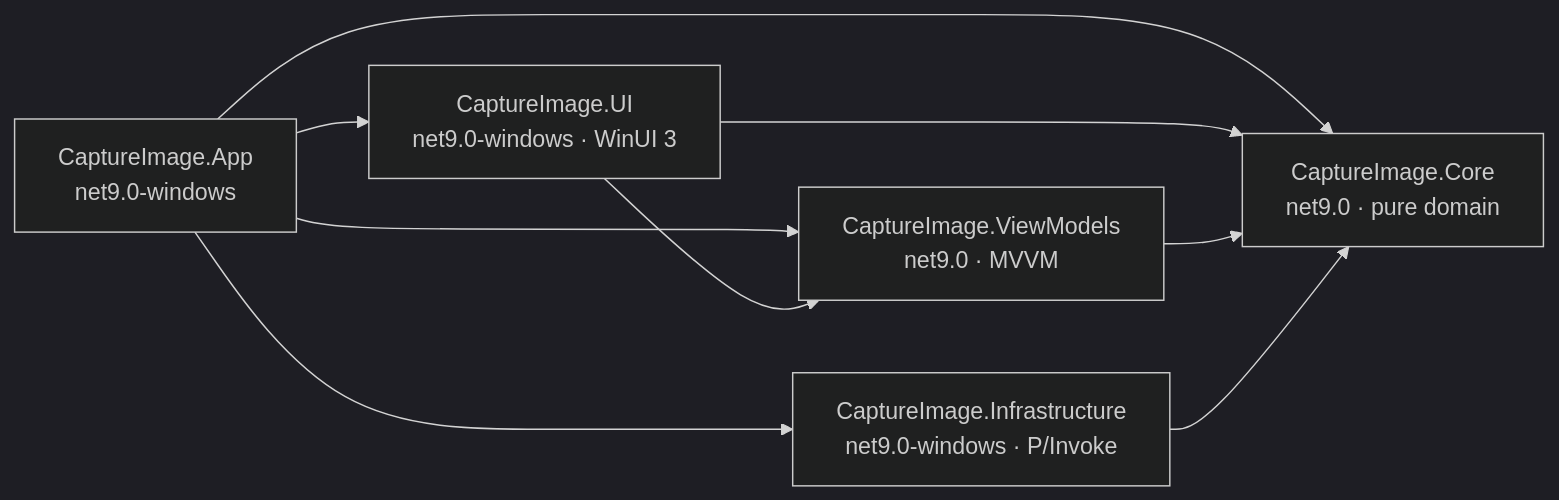
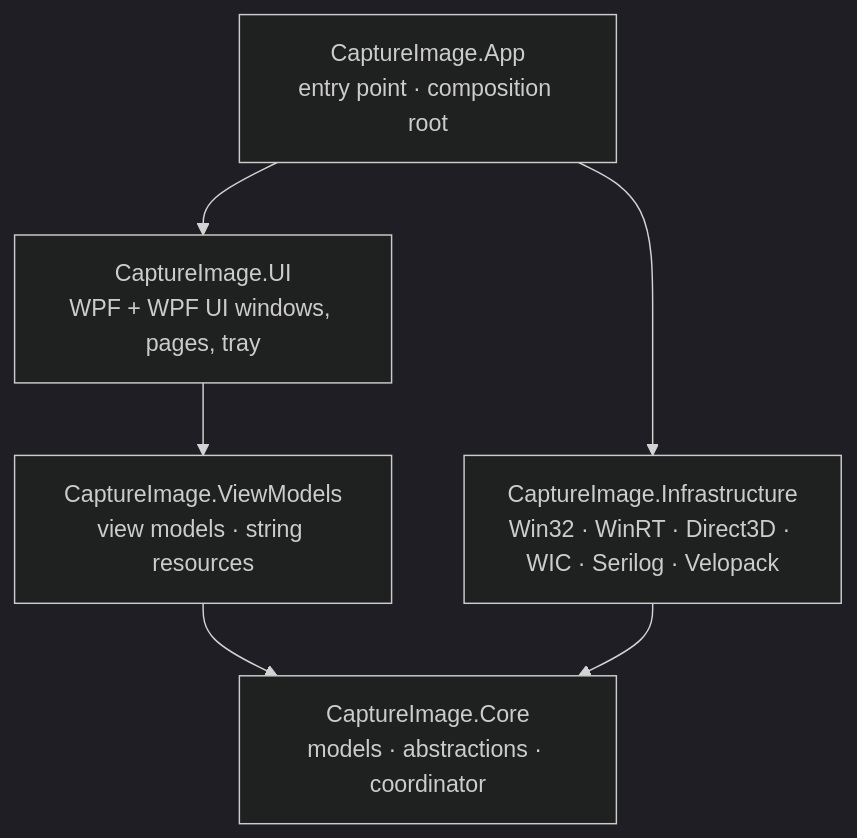
The first of 4 diagrams in docs/ARCHITECTURE.md (poli0981/captureimg), drawn with Mermaid (dark theme) before and after one commit. The commit also changed other lines of this file and 382 other files, not shown here.

First line of the commit message:
feat!: CaptureImage 2.0 — WPF UI, per-mode hotkeys, multi-monitor, HDR, library, game profiles (#22)

````diff
--- a/docs/ARCHITECTURE.md
+++ b/docs/ARCHITECTURE.md
@@ -32,17 +8,13 @@
 ```mermaid
-graph LR
-  App[CaptureImage.App<br/>net9.0-windows]
-  UI[CaptureImage.UI<br/>net9.0-windows · WinUI 3]
-  VM[CaptureImage.ViewModels<br/>net9.0 · MVVM]
-  Infra[CaptureImage.Infrastructure<br/>net9.0-windows · P/Invoke]
-  Core[CaptureImage.Core<br/>net9.0 · pure domain]
-
-  App --> UI
-  App --> Infra
-  App --> VM
-  App --> Core
-  UI --> VM
-  UI --> Core
-  VM --> Core
-  Infra --> Core
+flowchart TD
+    App["CaptureImage.App<br/>entry point · composition root"]
+    UI["CaptureImage.UI<br/>WPF + WPF UI windows, pages, tray"]
+    VM["CaptureImage.ViewModels<br/>view models · string resources"]
+    Core["CaptureImage.Core<br/>models · abstractions · coordinator"]
+    Infra["CaptureImage.Infrastructure<br/>Win32 · WinRT · Direct3D · WIC · Serilog · Velopack"]
+    App --> UI
+    App --> Infra
+    UI --> VM
+    VM --> Core
+    Infra --> Core
 ```
````
